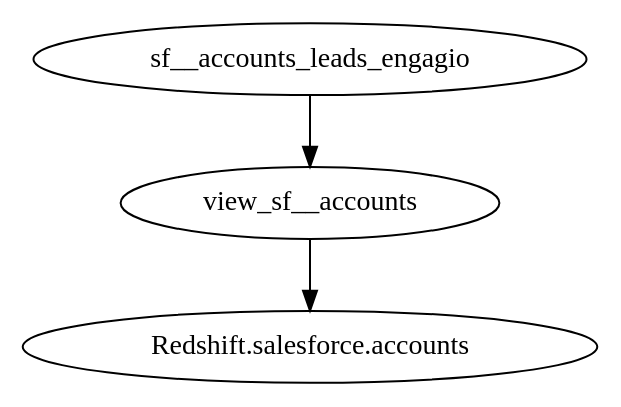
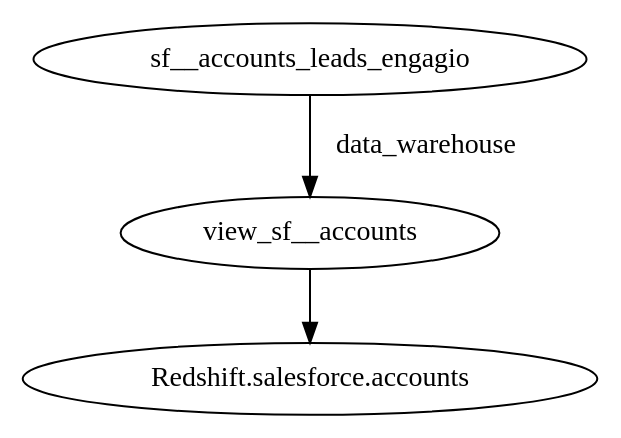
One commit to vickyjkwan/gazetteer changed the diagram in test_folder/graphs/sf__accounts_leads_engagio.gv. Above: the diagram before and after it, drawn with Graphviz. The commit also changed 15 other files, not shown here.

```diff
--- a/test_folder/graphs/sf__accounts_leads_engagio.gv
+++ b/test_folder/graphs/sf__accounts_leads_engagio.gv
@@ -1,7 +1,7 @@
 digraph sf__accounts_leads_engagio {
 	sf__accounts_leads_engagio [label=sf__accounts_leads_engagio]
 	view_sf__accounts [label=view_sf__accounts]
-	sf__accounts_leads_engagio -> view_sf__accounts
+	sf__accounts_leads_engagio -> view_sf__accounts [label=data_warehouse]
 	"Redshift.salesforce.accounts" [label="Redshift.salesforce.accounts"]
 	view_sf__accounts -> "Redshift.salesforce.accounts"
 }
```
